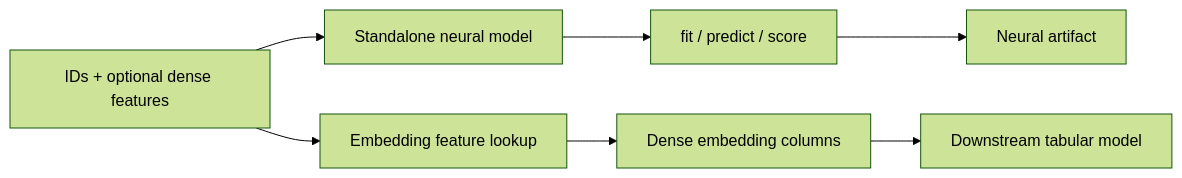
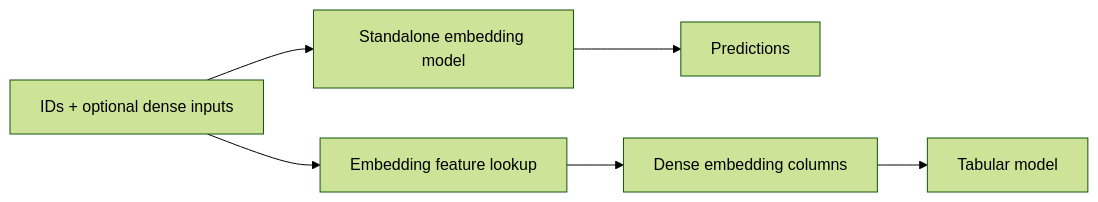
The first of 2 diagrams in docs/neural-features.md (TheCulliganMan/CartoBoost), drawn with Mermaid (forest theme) before and after one commit. The commit also changed other lines of this file and 373 other files, not shown here.

````diff
--- a/docs/neural-features.md
+++ b/docs/neural-features.md
@@ -26,10 +19,8 @@
 ```mermaid
 flowchart LR
-    A["IDs + optional dense features"] --> B["Standalone neural model"]
-    B --> C["fit / predict / score"]
-    C --> D["Neural artifact"]
-
-    A --> E["Embedding feature lookup"]
-    E --> F["Dense embedding columns"]
-    F --> G["Downstream tabular model"]
+    A["IDs + optional dense inputs"] --> B["Standalone embedding model"]
+    B --> C["Predictions"]
+    A --> D["Embedding feature lookup"]
+    D --> E["Dense embedding columns"]
+    E --> F["Tabular model"]
 ```
````
